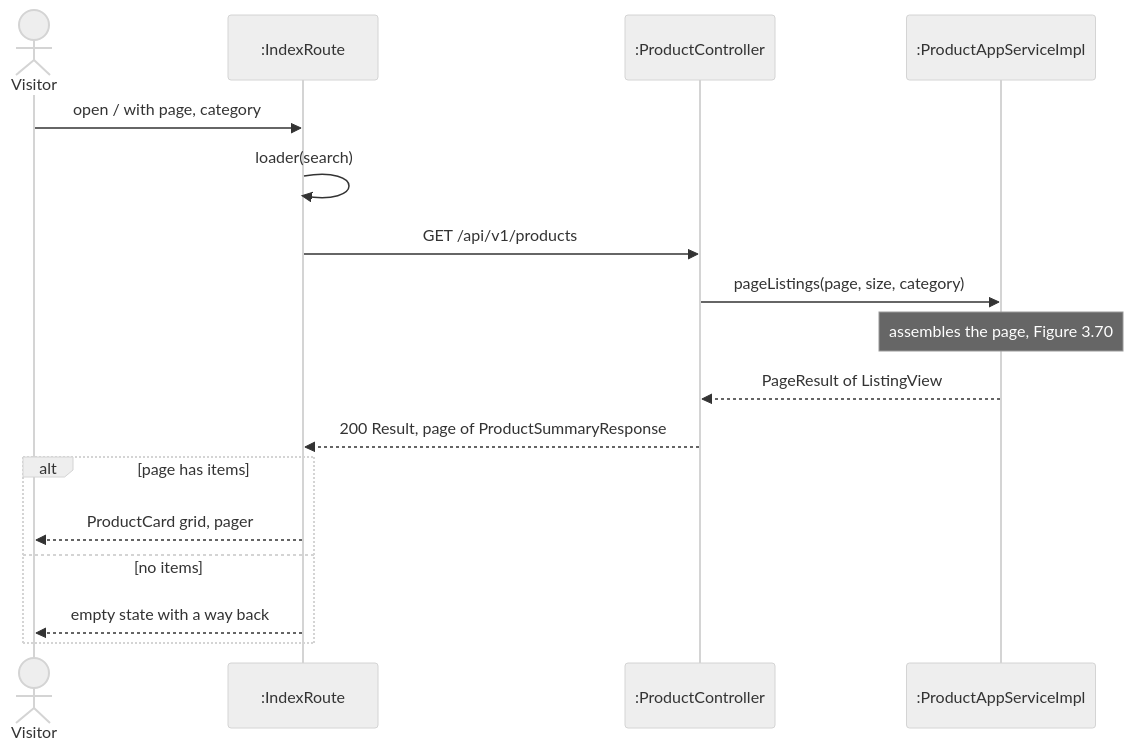
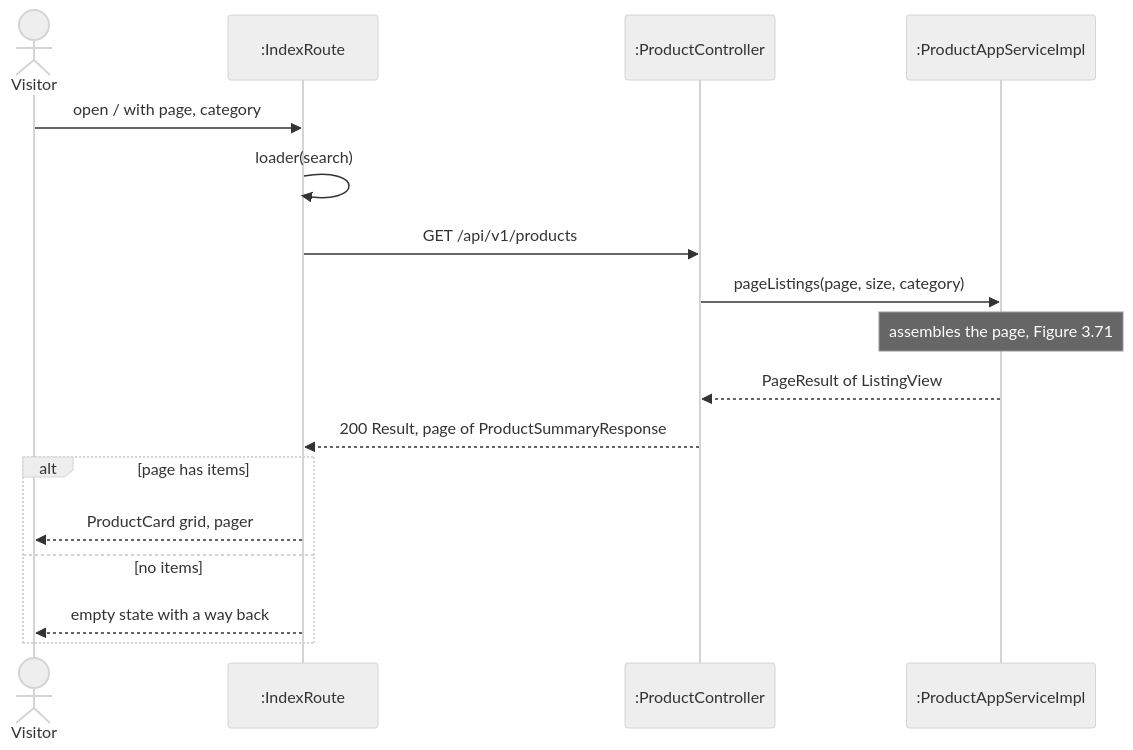
One commit to PPsyrius/iss-groupbuy-team8 changed diagram 12 of 18 in docs/swe5006/report/sections/03-4-3-pan.md. Above: the diagram before and after it, drawn with Mermaid (neutral theme). The commit also changed other lines of this file and 14 other files, not shown here.

````diff
--- a/docs/swe5006/report/sections/03-4-3-pan.md
+++ b/docs/swe5006/report/sections/03-4-3-pan.md
@@ -571,19 +571,19 @@
 ```mermaid
 sequenceDiagram
     actor Visitor
     participant R as :IndexRoute
     participant PC as :ProductController
     participant AS as :ProductAppServiceImpl
     Visitor->>R: open / with page, category
     R->>R: loader(search)
     R->>PC: GET /api/v1/products
     PC->>AS: pageListings(page, size, category)
-    Note over AS: assembles the page, Figure 3.70
+    Note over AS: assembles the page, Figure 3.71
     AS-->>PC: PageResult of ListingView
     PC-->>R: 200 Result, page of ProductSummaryResponse
     alt page has items
         R-->>Visitor: ProductCard grid, pager
     else no items
         R-->>Visitor: empty state with a way back
     end
 ```
````
